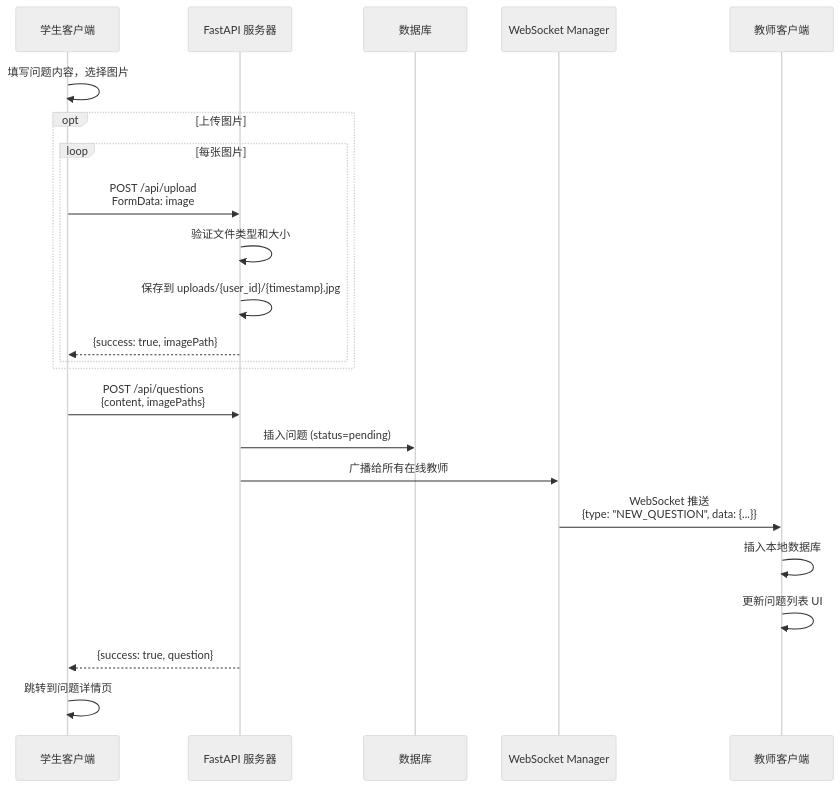
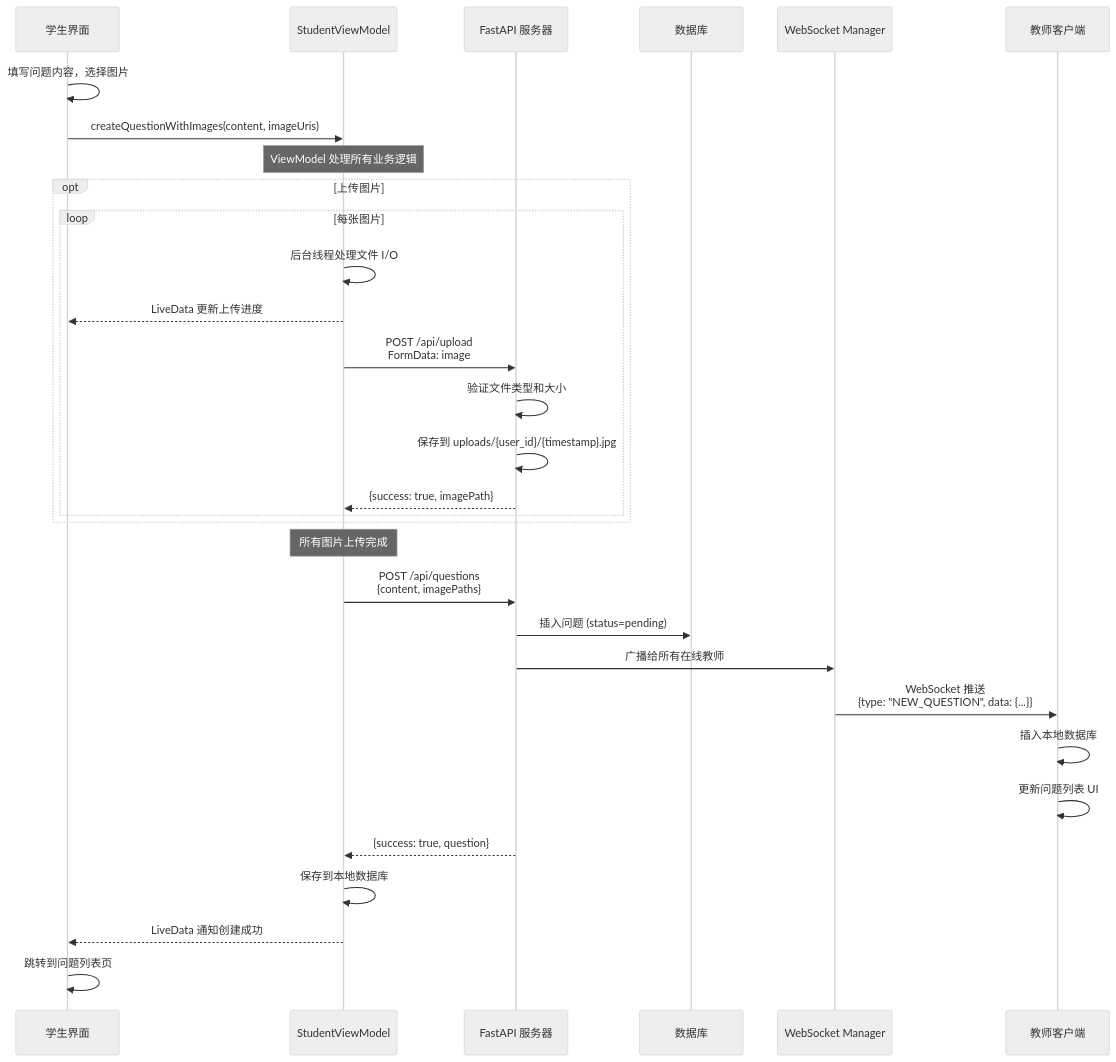
One commit to dowdah/realtime-qa-android changed the fourth of 9 diagrams in docs/ARCHITECTURE.md. Above: the diagram before and after it, drawn with Mermaid (neutral theme). The commit also changed other lines of this file and 6 other files, not shown here.

````diff
--- a/docs/ARCHITECTURE.md
+++ b/docs/ARCHITECTURE.md
@@ -1011,27 +1050,36 @@
 ```mermaid
 sequenceDiagram
-    participant Student as 学生客户端
+    participant UI as 学生界面
+    participant VM as StudentViewModel
     participant API as FastAPI 服务器
     participant DB as 数据库
     participant WS as WebSocket Manager
     participant Tutor as 教师客户端
     
-    Student->>Student: 填写问题内容，选择图片
+    UI->>UI: 填写问题内容，选择图片
+    UI->>VM: createQuestionWithImages(content, imageUris)
+    
+    Note over VM: ViewModel 处理所有业务逻辑
     opt 上传图片
         loop 每张图片
-            Student->>API: POST /api/upload<br/>FormData: image
+            VM->>VM: 后台线程处理文件 I/O
+            VM-->>UI: LiveData 更新上传进度
+            VM->>API: POST /api/upload<br/>FormData: image
             API->>API: 验证文件类型和大小
             API->>API: 保存到 uploads/{user_id}/{timestamp}.jpg
-            API-->>Student: {success: true, imagePath}
+            API-->>VM: {success: true, imagePath}
         end
     end
     
-    Student->>API: POST /api/questions<br/>{content, imagePaths}
+    Note over VM: 所有图片上传完成
+    VM->>API: POST /api/questions<br/>{content, imagePaths}
     API->>DB: 插入问题 (status=pending)
     API->>WS: 广播给所有在线教师
     WS->>Tutor: WebSocket 推送<br/>{type: "NEW_QUESTION", data: {...}}
     Tutor->>Tutor: 插入本地数据库
     Tutor->>Tutor: 更新问题列表 UI
-    API-->>Student: {success: true, question}
-    Student->>Student: 跳转到问题详情页
+    API-->>VM: {success: true, question}
+    VM->>VM: 保存到本地数据库
+    VM-->>UI: LiveData 通知创建成功
+    UI->>UI: 跳转到问题列表页
 ```
````
